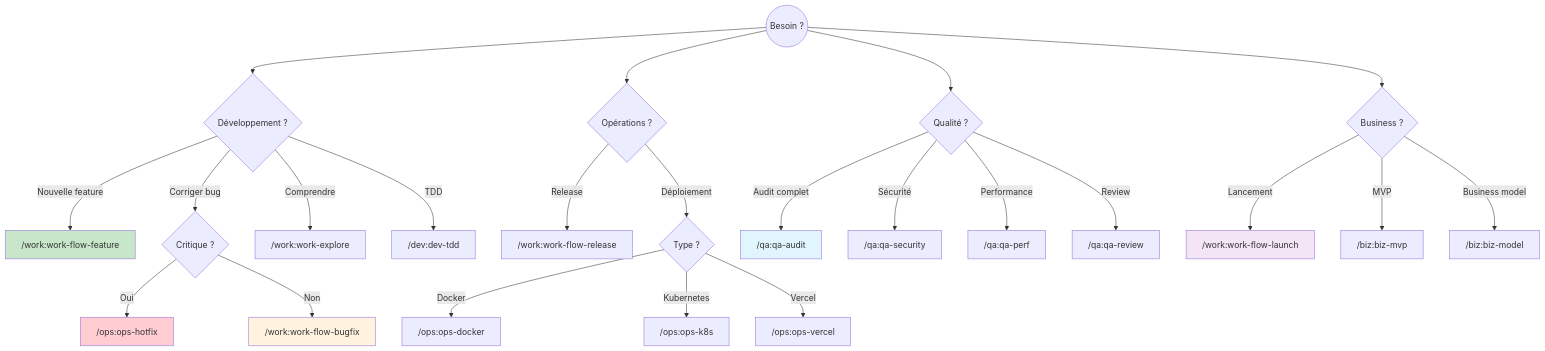
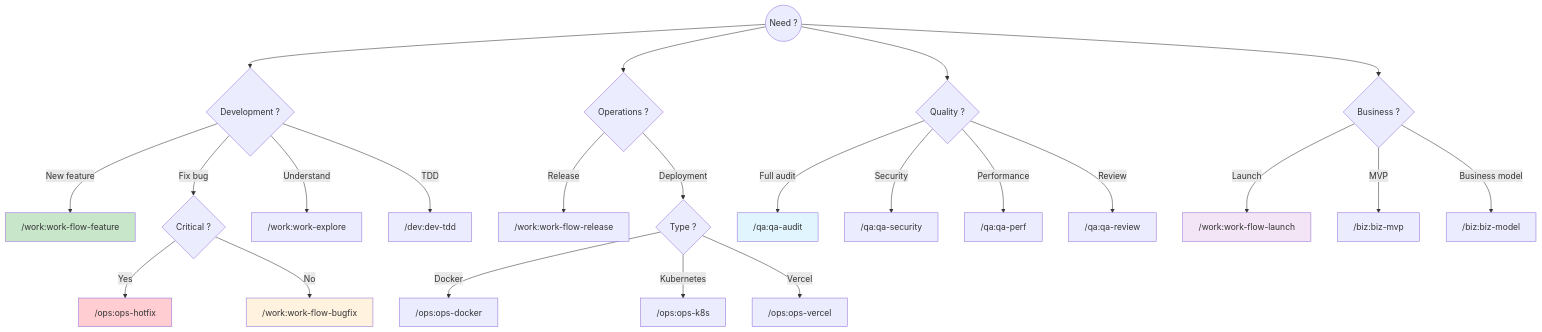
One commit to christopherlouet/claude-base changed the diagram in website/docs/workflow/choosing-workflow.md. Above: the diagram before and after it, drawn with Mermaid. The commit also changed other lines of this file and 1 other file, not shown here.

````diff
--- a/website/docs/workflow/choosing-workflow.md
+++ b/website/docs/workflow/choosing-workflow.md
@@ -13,40 +13,40 @@
 ```mermaid
 flowchart TD
-    START((Besoin ?)) --> DEV{Développement ?}
-    START --> OPS{Opérations ?}
-    START --> QUALITY{Qualité ?}
+    START((Need ?)) --> DEV{Development ?}
+    START --> OPS{Operations ?}
+    START --> QUALITY{Quality ?}
     START --> BIZ{Business ?}
 
-    %% Développement
-    DEV -->|Nouvelle feature| FEAT["/work:work-flow-feature"]
-    DEV -->|Corriger bug| BUG{Critique ?}
-    BUG -->|Oui| HOTFIX["/ops:ops-hotfix"]
-    BUG -->|Non| BUGFIX["/work:work-flow-bugfix"]
-    DEV -->|Comprendre| EXPLORE["/work:work-explore"]
+    %% Development
+    DEV -->|New feature| FEAT["/work:work-flow-feature"]
+    DEV -->|Fix bug| BUG{Critical ?}
+    BUG -->|Yes| HOTFIX["/ops:ops-hotfix"]
+    BUG -->|No| BUGFIX["/work:work-flow-bugfix"]
+    DEV -->|Understand| EXPLORE["/work:work-explore"]
     DEV -->|TDD| TDD["/dev:dev-tdd"]
 
-    %% Opérations
+    %% Operations
     OPS -->|Release| RELEASE["/work:work-flow-release"]
-    OPS -->|Déploiement| DEPLOY{Type ?}
+    OPS -->|Deployment| DEPLOY{Type ?}
     DEPLOY -->|Docker| DOCKER["/ops:ops-docker"]
     DEPLOY -->|Kubernetes| K8S["/ops:ops-k8s"]
     DEPLOY -->|Vercel| VERCEL["/ops:ops-vercel"]
 
-    %% Qualité
-    QUALITY -->|Audit complet| AUDIT["/qa:qa-audit"]
-    QUALITY -->|Sécurité| SEC["/qa:qa-security"]
+    %% Quality
+    QUALITY -->|Full audit| AUDIT["/qa:qa-audit"]
+    QUALITY -->|Security| SEC["/qa:qa-security"]
     QUALITY -->|Performance| PERF["/qa:qa-perf"]
     QUALITY -->|Review| REVIEW["/qa:qa-review"]
 
     %% Business
-    BIZ -->|Lancement| LAUNCH["/work:work-flow-launch"]
+    BIZ -->|Launch| LAUNCH["/work:work-flow-launch"]
     BIZ -->|MVP| MVP["/biz:biz-mvp"]
     BIZ -->|Business model| MODEL["/biz:biz-model"]
 
     %% Styles
     style FEAT fill:#c8e6c9
     style HOTFIX fill:#ffcdd2
     style BUGFIX fill:#fff3e0
     style AUDIT fill:#e1f5fe
     style LAUNCH fill:#f3e5f5
 ```
````
